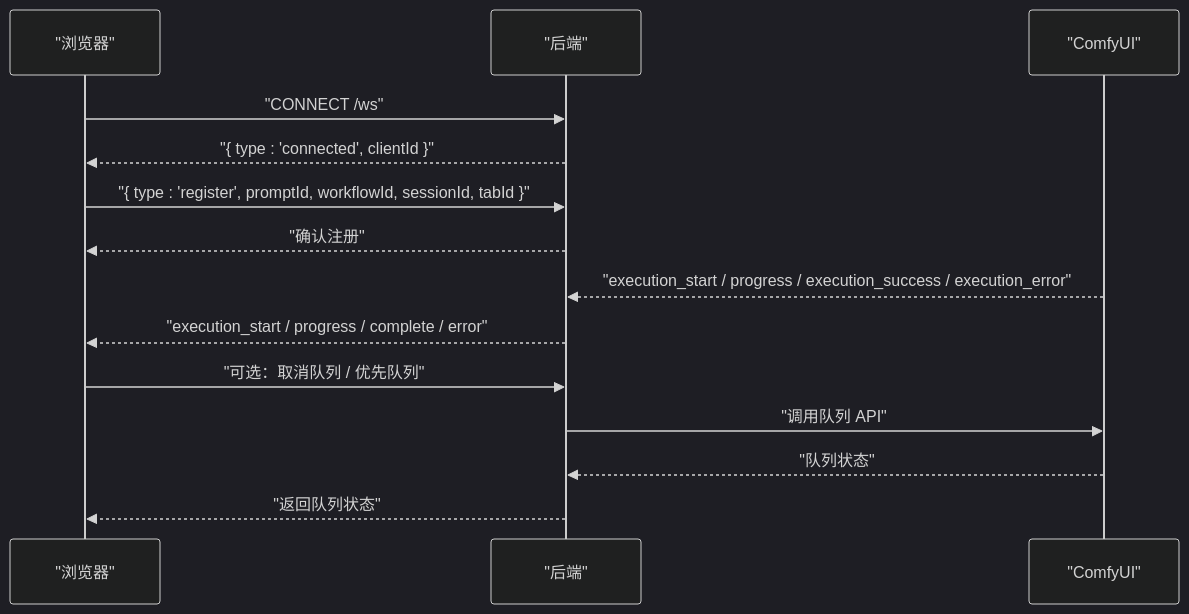
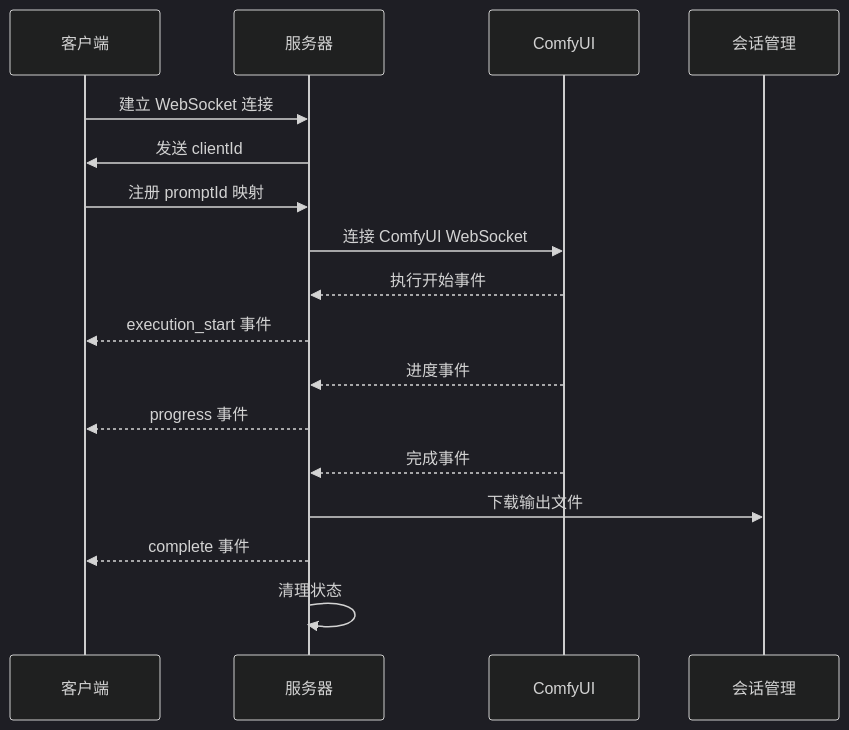
The second of 7 diagrams in .qoder/repowiki/zh/content/API 参考文档/API 参考文档.md (billye220670/CorineKit_Pix2Real), drawn with Mermaid (dark theme) before and after one commit. The commit also changed other lines of this file and 315 other files, not shown here.

````diff
--- a/.qoder/repowiki/zh/content/API 参考文档/API 参考文档.md
+++ b/.qoder/repowiki/zh/content/API 参考文档/API 参考文档.md
@@ -300,16 +88,19 @@
 ```mermaid
 sequenceDiagram
-participant Client as "浏览器"
-participant Server as "后端"
-participant Comfy as "ComfyUI"
-Client->>Server : "CONNECT /ws"
-Server-->>Client : "{ type : 'connected', clientId }"
-Client->>Server : "{ type : 'register', promptId, workflowId, sessionId, tabId }"
-Server-->>Client : "确认注册"
-Comfy-->>Server : "execution_start / progress / execution_success / execution_error"
-Server-->>Client : "execution_start / progress / complete / error"
-Client->>Server : "可选：取消队列 / 优先队列"
-Server->>Comfy : "调用队列 API"
-Comfy-->>Server : "队列状态"
-Server-->>Client : "返回队列状态"
+participant Client as 客户端
+participant Server as 服务器
+participant ComfyUI as ComfyUI
+participant Session as 会话管理
+Client->>Server : 建立 WebSocket 连接
+Server->>Client : 发送 clientId
+Client->>Server : 注册 promptId 映射
+Server->>ComfyUI : 连接 ComfyUI WebSocket
+ComfyUI-->>Server : 执行开始事件
+Server-->>Client : execution_start 事件
+ComfyUI-->>Server : 进度事件
+Server-->>Client : progress 事件
+ComfyUI-->>Server : 完成事件
+Server->>Session : 下载输出文件
+Server-->>Client : complete 事件
+Server->>Server : 清理状态
 ```
````
